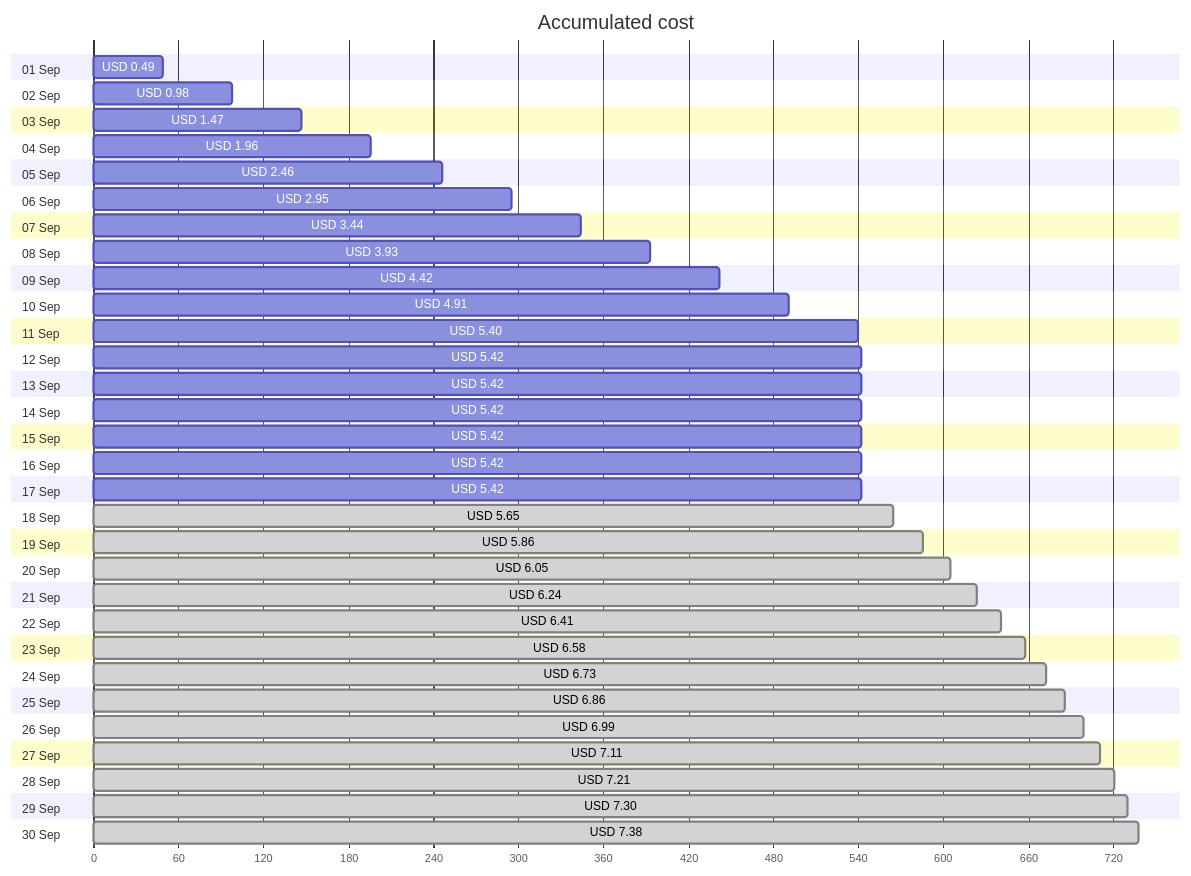
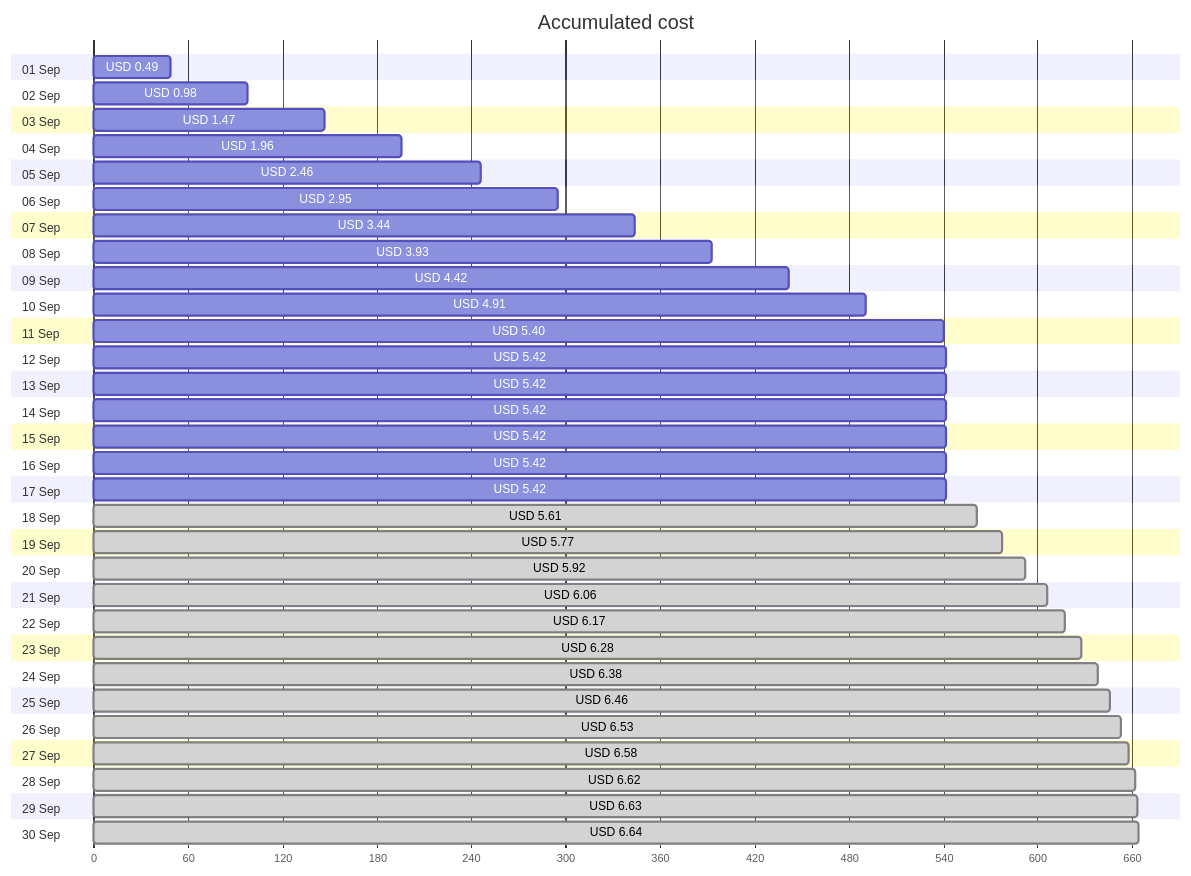
One commit to jpfulton/azure-personal-reports changed the first of 4 diagrams in cost-reports/personal-site/personalsiteapipreview.md. Above: the diagram before and after it, drawn with Mermaid. The commit also changed other lines of this file and 7 other files, not shown here.

````diff
--- a/cost-reports/personal-site/personalsiteapipreview.md
+++ b/cost-reports/personal-site/personalsiteapipreview.md
@@ -20,66 +20,66 @@
 ```mermaid
 gantt
    title Accumulated cost
    dateFormat  X
    axisFormat %s
    section 01 Sep
    USD 0.49 :0, 49
    section 02 Sep
    USD 0.98 :0, 98
    section 03 Sep
    USD 1.47 :0, 147
    section 04 Sep
    USD 1.96 :0, 196
    section 05 Sep
    USD 2.46 :0, 246
    section 06 Sep
    USD 2.95 :0, 295
    section 07 Sep
    USD 3.44 :0, 344
    section 08 Sep
    USD 3.93 :0, 393
    section 09 Sep
    USD 4.42 :0, 442
    section 10 Sep
    USD 4.91 :0, 491
    section 11 Sep
    USD 5.40 :0, 540
    section 12 Sep
    USD 5.42 :0, 542
    section 13 Sep
    USD 5.42 :0, 542
    section 14 Sep
    USD 5.42 :0, 542
    section 15 Sep
    USD 5.42 :0, 542
    section 16 Sep
    USD 5.42 :0, 542
    section 17 Sep
    USD 5.42 :0, 542
    section 18 Sep
-   USD 5.65 : done, 0, 565
+   USD 5.61 : done, 0, 561
    section 19 Sep
-   USD 5.86 : done, 0, 586
+   USD 5.77 : done, 0, 577
    section 20 Sep
-   USD 6.05 : done, 0, 605
+   USD 5.92 : done, 0, 592
    section 21 Sep
-   USD 6.24 : done, 0, 624
+   USD 6.06 : done, 0, 606
    section 22 Sep
-   USD 6.41 : done, 0, 641
+   USD 6.17 : done, 0, 617
    section 23 Sep
+   USD 6.28 : done, 0, 628
+   section 24 Sep
+   USD 6.38 : done, 0, 638
+   section 25 Sep
+   USD 6.46 : done, 0, 646
+   section 26 Sep
+   USD 6.53 : done, 0, 653
+   section 27 Sep
    USD 6.58 : done, 0, 658
-   section 24 Sep
-   USD 6.73 : done, 0, 673
-   section 25 Sep
-   USD 6.86 : done, 0, 686
-   section 26 Sep
-   USD 6.99 : done, 0, 699
-   section 27 Sep
-   USD 7.11 : done, 0, 711
    section 28 Sep
-   USD 7.21 : done, 0, 721
+   USD 6.62 : done, 0, 662
    section 29 Sep
-   USD 7.30 : done, 0, 730
+   USD 6.63 : done, 0, 663
    section 30 Sep
-   USD 7.38 : done, 0, 738
+   USD 6.64 : done, 0, 664
 ```
````
